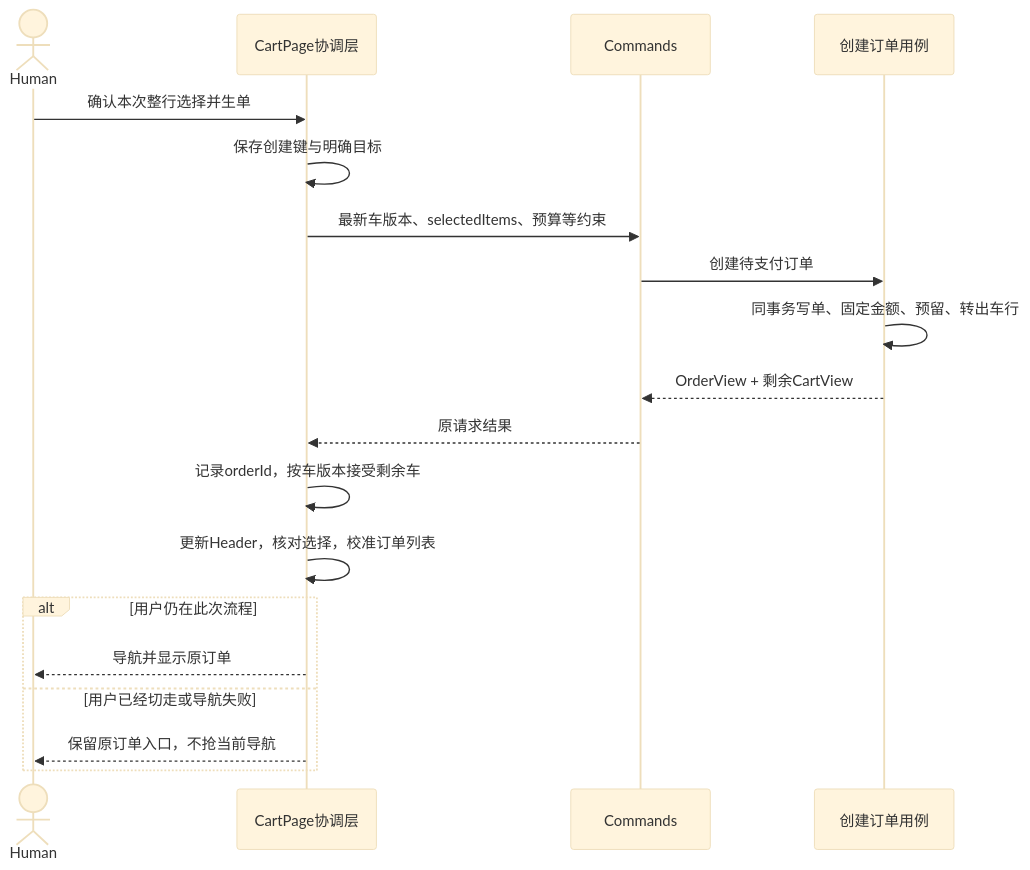
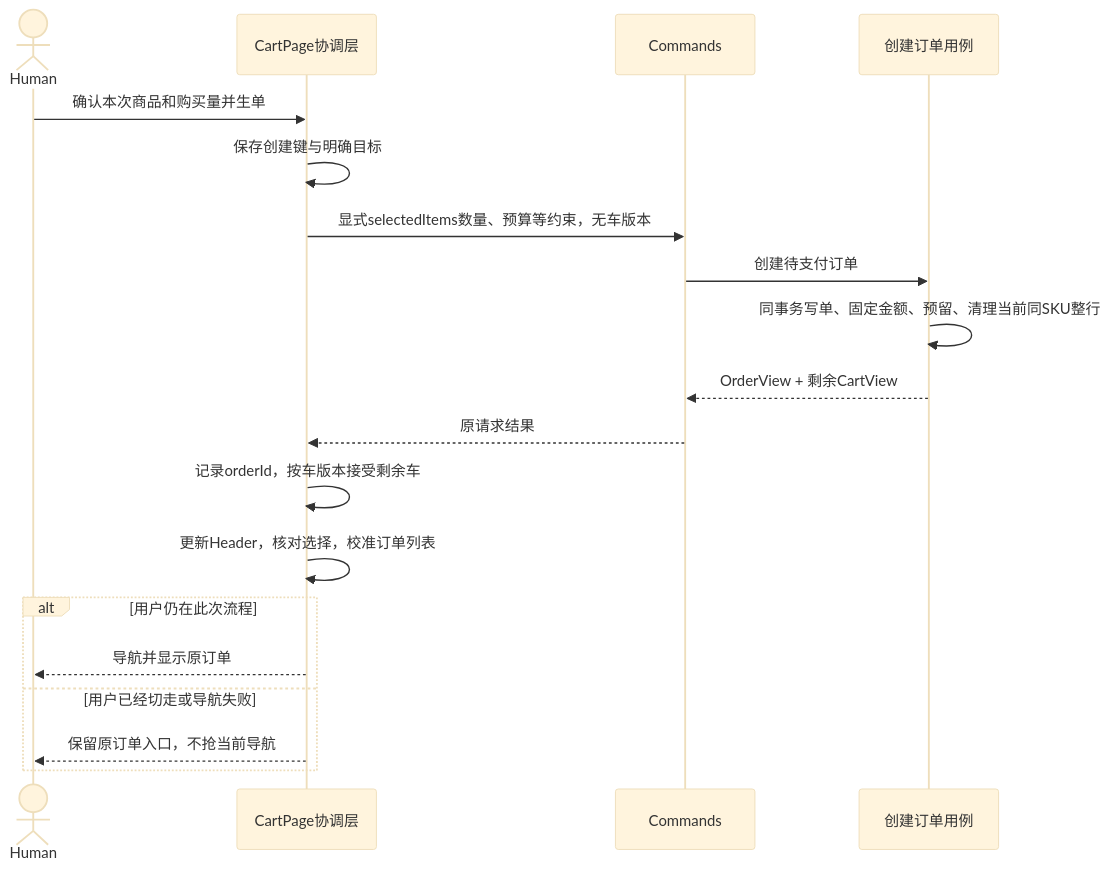
The ninth of 11 diagrams in docs/engineering/FRONTEND_DESIGN.md (linshuohao/agent-ready-store), drawn with Mermaid (base theme) before and after one commit. The commit also changed other lines of this file and 64 other files, not shown here.

````diff
--- a/docs/engineering/FRONTEND_DESIGN.md
+++ b/docs/engineering/FRONTEND_DESIGN.md
@@ -358,21 +369,21 @@
 ```mermaid
 sequenceDiagram
     actor H as Human
     participant UI as CartPage协调层
     participant C as Commands
     participant API as 创建订单用例
-    H->>UI: 确认本次整行选择并生单
+    H->>UI: 确认本次商品和购买量并生单
     UI->>UI: 保存创建键与明确目标
-    UI->>C: 最新车版本、selectedItems、预算等约束
+    UI->>C: 显式selectedItems数量、预算等约束，无车版本
     C->>API: 创建待支付订单
-    API->>API: 同事务写单、固定金额、预留、转出车行
+    API->>API: 同事务写单、固定金额、预留、清理当前同SKU整行
     API-->>C: OrderView + 剩余CartView
     C-->>UI: 原请求结果
     UI->>UI: 记录orderId，按车版本接受剩余车
     UI->>UI: 更新Header，核对选择，校准订单列表
     alt 用户仍在此次流程
         UI-->>H: 导航并显示原订单
     else 用户已经切走或导航失败
         UI-->>H: 保留原订单入口，不抢当前导航
     end
 ```
````
